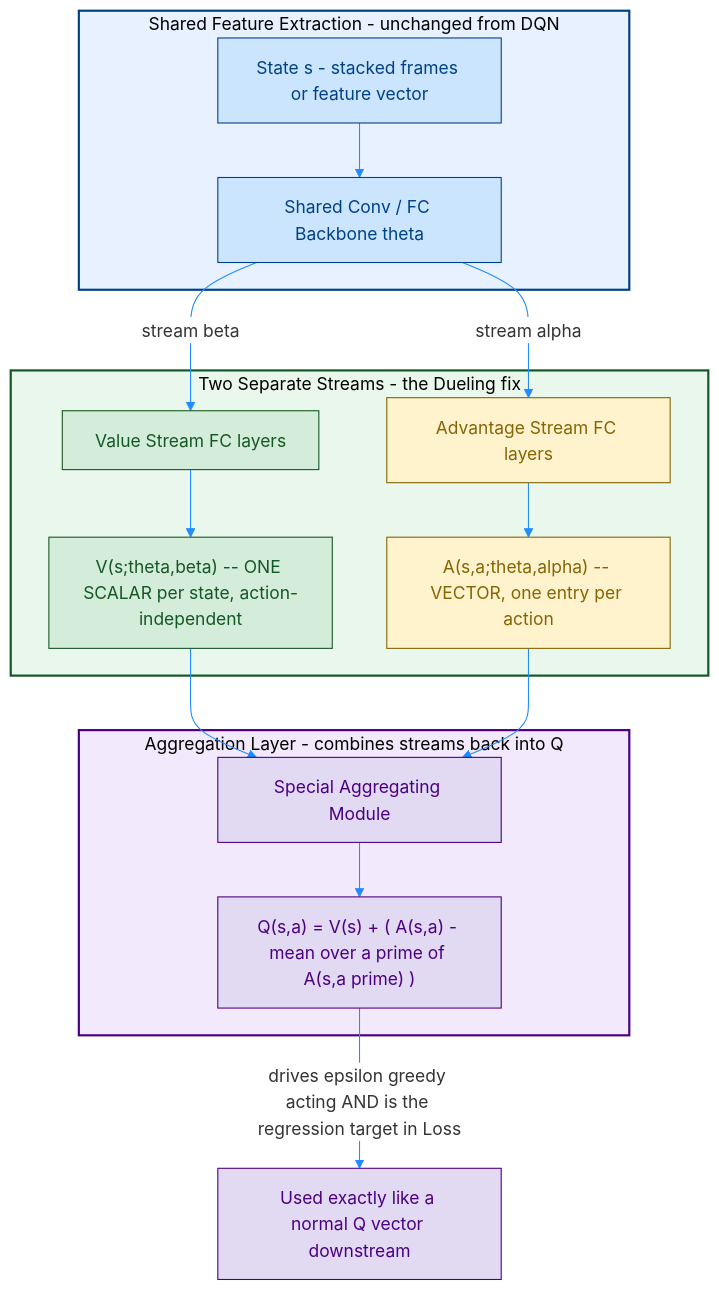
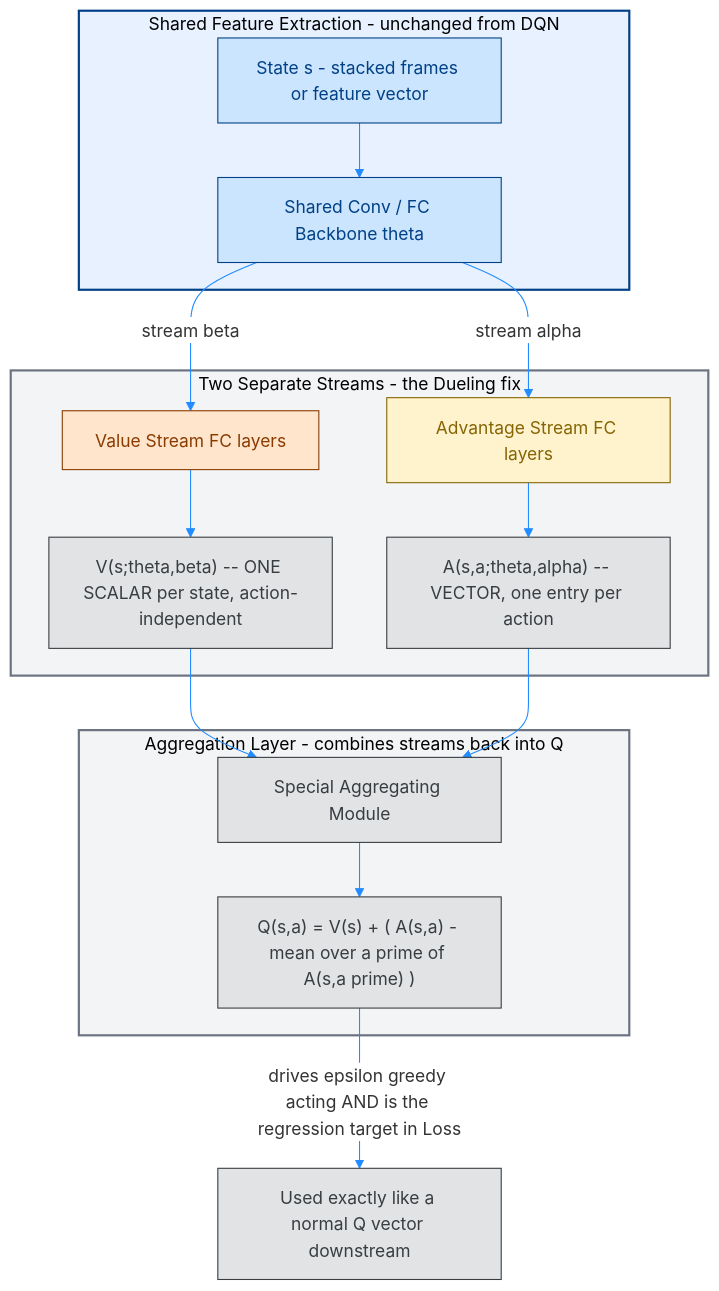
One commit to Open-Source-Robotics-For-Myanmar/rl changed the second of 5 diagrams in Day81 RL python/02_Miguel Morales - Grokking Deep Reinforcement Learning/02_rl_with_dl/rom_photos/04_1_VB_Dueling_DDQN.md. Above: the diagram before and after it, drawn with Mermaid. The commit also changed other lines of this file and 12 other files, not shown here.

````diff
--- a/Day81 RL python/02_Miguel Morales - Grokking Deep Reinforcement Learning/02_rl_with_dl/rom_photos/04_1_VB_Dueling_DDQN.md
+++ b/Day81 RL python/02_Miguel Morales - Grokking Deep Reinforcement Learning/02_rl_with_dl/rom_photos/04_1_VB_Dueling_DDQN.md
@@ -50,37 +69,39 @@
 ```mermaid
 %%{init: {'theme': 'base', 'themeVariables': { 'primaryColor': '#ffffff', 'lineColor': '#218bff'}}}%%
 graph TD
     subgraph Phase1 [Shared Feature Extraction - unchanged from DQN]
         Input[State s - stacked frames or feature vector] --> Conv[Shared Conv / FC Backbone theta]
     end
 
     subgraph Phase2 [Two Separate Streams - the Dueling fix]
         Conv -->|stream beta| VStream[Value Stream FC layers]
         VStream --> Vs["V(s;theta,beta) -- ONE SCALAR per state, action-independent"]
 
         Conv -->|stream alpha| AStream[Advantage Stream FC layers]
         AStream --> As["A(s,a;theta,alpha) -- VECTOR, one entry per action"]
     end
 
     subgraph Phase3 [Aggregation Layer - combines streams back into Q]
         Vs --> Agg[Special Aggregating Module]
         As --> Agg
         Agg --> Qout["Q(s,a) = V(s) + ( A(s,a) - mean over a prime of A(s,a prime) )"]
     end
 
     Qout -->|drives epsilon greedy acting AND is the regression target in Loss| Downstream[Used exactly like a normal Q vector downstream]
 
-    classDef shared fill:#cce5ff,stroke:#004085,stroke-width:1px,color:#004085;
-    classDef value fill:#d4edda,stroke:#155724,stroke-width:1px,color:#155724;
-    classDef advantage fill:#fff3cd,stroke:#856404,stroke-width:1px,color:#856404;
-    classDef agg fill:#e2d9f3,stroke:#4b0082,stroke-width:1px,color:#4b0082;
+    classDef data fill:#cce5ff,stroke:#004085,stroke-width:1px,color:#004085;
+    classDef batch fill:#fff3cd,stroke:#856404,stroke-width:1px,color:#856404;
+    classDef result fill:#e2e3e5,stroke:#383d41,stroke-width:1px,color:#383d41;
+    classDef valueNetwork fill:#ffe5cc,stroke:#8a3b00,stroke-width:1px,color:#8a3b00;
 
-    class Input,Conv shared;
-    class VStream,Vs value;
-    class AStream,As advantage;
-    class Agg,Qout,Downstream agg;
+    class Input,Conv data;
+    class AStream batch;
+    class As,Vs,Agg,Qout,Downstream result;
+    class VStream valueNetwork;
+
+
 
     style Phase1 fill:#e7f1ff,stroke:#004085,stroke-width:2px;
-    style Phase2 fill:#eaf7ec,stroke:#155724,stroke-width:2px;
-    style Phase3 fill:#f3e9fc,stroke:#4b0082,stroke-width:2px;
+    style Phase2 fill:#f3f4f6,stroke:#6b7280,stroke-width:2px;
+    style Phase3 fill:#f3f4f6,stroke:#6b7280,stroke-width:2px;
 ```
````
